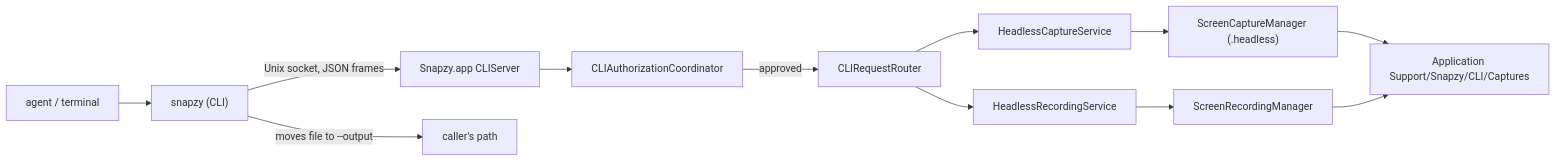
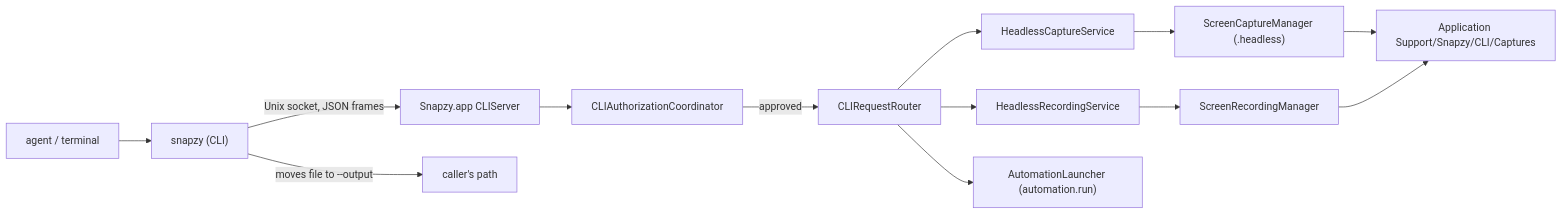
Before and after one commit to duongductrong/Snapzy: the diagram in docs/CLI.md, drawn with Mermaid. The commit also changed other lines of this file and 225 other files, not shown here.

````diff
--- a/docs/CLI.md
+++ b/docs/CLI.md
@@ -9,14 +9,15 @@
 ```mermaid
 flowchart LR
     A["agent / terminal"] --> B["snapzy (CLI)"]
     B -->|"Unix socket, JSON frames"| C["Snapzy.app CLIServer"]
     C --> D["CLIAuthorizationCoordinator"]
     D -->|"approved"| E["CLIRequestRouter"]
     E --> F["HeadlessCaptureService"]
     F --> G["ScreenCaptureManager (.headless)"]
     G --> H["Application Support/Snapzy/CLI/Captures"]
     E --> R["HeadlessRecordingService"]
     R --> S["ScreenRecordingManager"]
     S --> H
+    E --> AU["AutomationLauncher (automation.run)"]
     B -->|"moves file to --output"| I["caller's path"]
 ```
````
